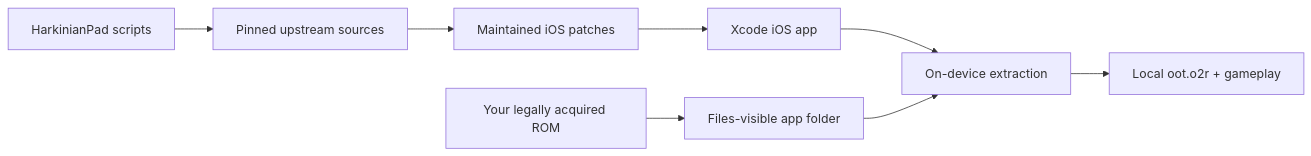
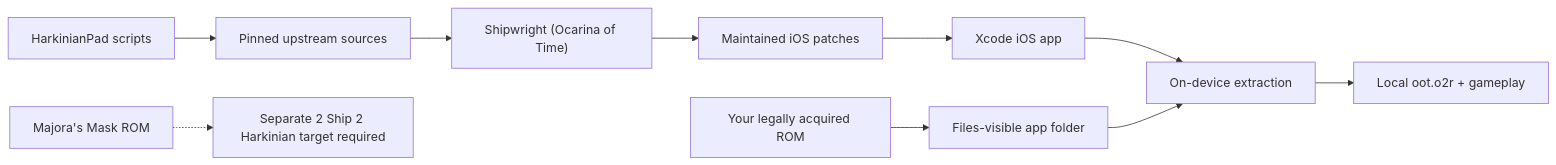
One commit to chrissotraidis/harkinianpad changed the diagram in README.md. Above: the diagram before and after it, drawn with Mermaid. The commit also changed other lines of this file, not shown here.

Commit message:
Clarify Ocarina and Majora game support

````diff
--- a/README.md
+++ b/README.md
@@ -112,10 +143,12 @@
 ```mermaid
 flowchart LR
     A["HarkinianPad scripts"] --> B["Pinned upstream sources"]
-    B --> C["Maintained iOS patches"]
-    C --> D["Xcode iOS app"]
+    B --> C["Shipwright (Ocarina of Time)"]
+    C --> D["Maintained iOS patches"]
+    D --> I["Xcode iOS app"]
     E["Your legally acquired ROM"] --> F["Files-visible app folder"]
-    D --> G["On-device extraction"]
+    I --> G["On-device extraction"]
     F --> G
     G --> H["Local oot.o2r + gameplay"]
+    J["Majora's Mask ROM"] -.-> K["Separate 2 Ship 2 Harkinian target required"]
 ```
````
